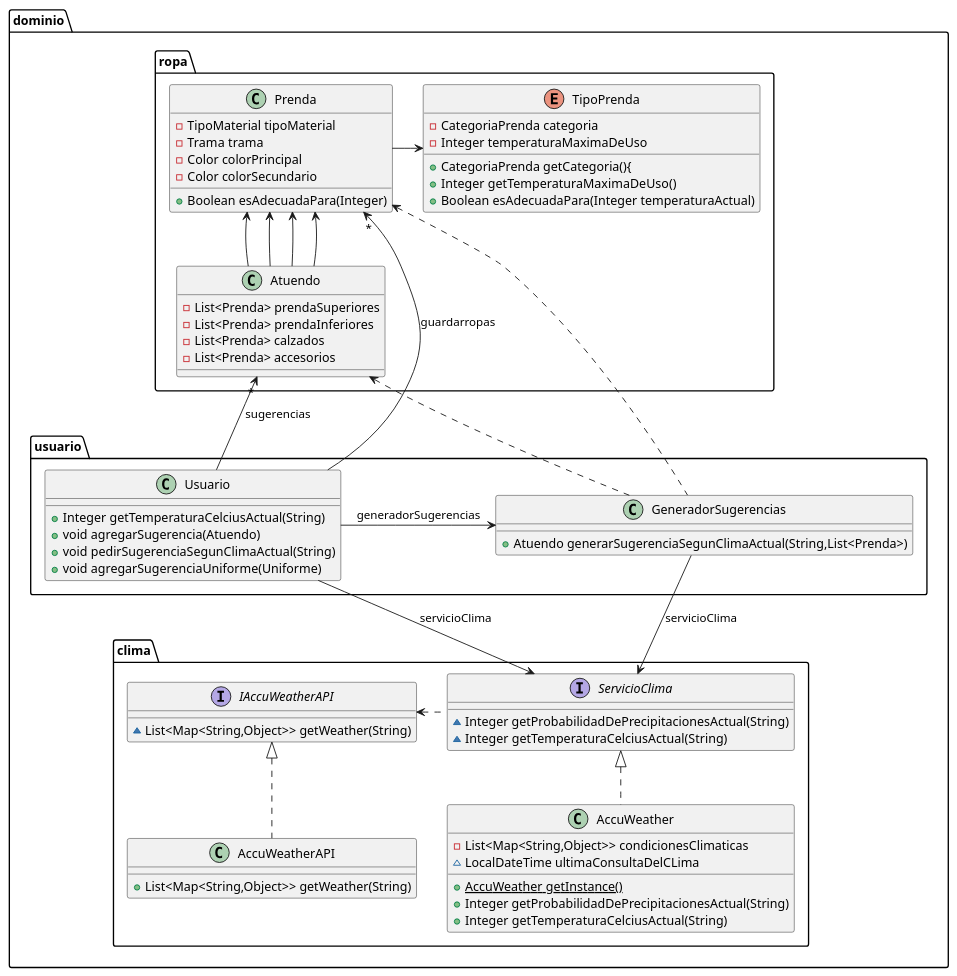
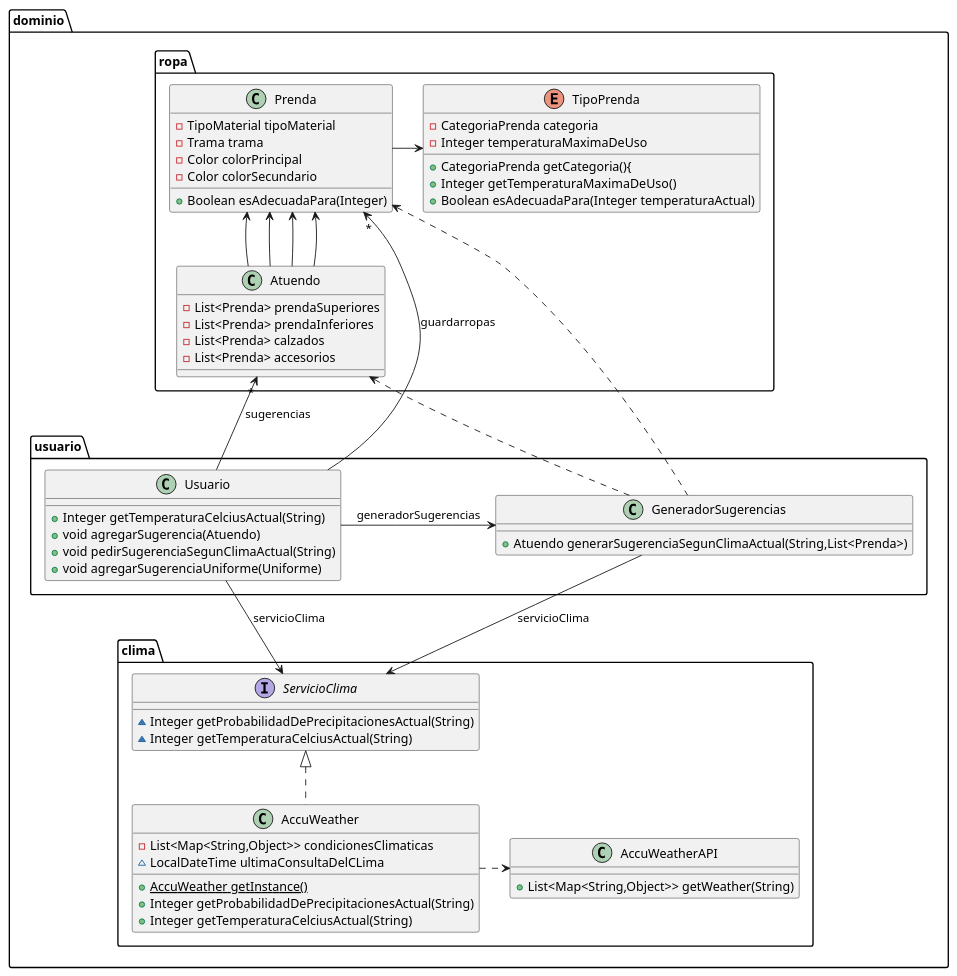
The diagram in diagramas/qmp4-resumido.puml (AlejandroDeheza/QMP), drawn with PlantUML before and after one commit. The commit also changed 5 other files, not shown here.

Commit message:
Cambio un detalle de los diagramas

```diff
--- a/diagramas/qmp4-resumido.puml
+++ b/diagramas/qmp4-resumido.puml
@@ -1,68 +1,64 @@
 @startuml
 class dominio.clima.AccuWeatherAPI {
 + List<Map<String,Object>> getWeather(String)
-}
-interface dominio.clima.IAccuWeatherAPI {
-~ List<Map<String,Object>> getWeather(String)
 }
 class dominio.usuario.Usuario {
 + Integer getTemperaturaCelciusActual(String)
 + void agregarSugerencia(Atuendo)
 + void pedirSugerenciaSegunClimaActual(String)
 + void agregarSugerenciaUniforme(Uniforme)
 }
 class dominio.clima.AccuWeather {
 - List<Map<String,Object>> condicionesClimaticas
 ~ LocalDateTime ultimaConsultaDelCLima
 + {static} AccuWeather getInstance()
 + Integer getProbabilidadDePrecipitacionesActual(String)
 + Integer getTemperaturaCelciusActual(String)
 }
 class dominio.usuario.GeneradorSugerencias {
 + Atuendo generarSugerenciaSegunClimaActual(String,List<Prenda>)
 }
 interface dominio.clima.ServicioClima {
 ~ Integer getProbabilidadDePrecipitacionesActual(String)
 ~ Integer getTemperaturaCelciusActual(String)
 }
 class dominio.ropa.Prenda {
 - TipoMaterial tipoMaterial
 - Trama trama
 - Color colorPrincipal
 - Color colorSecundario
 + Boolean esAdecuadaPara(Integer)
 }
 class dominio.ropa.Atuendo {
 - List<Prenda> prendaSuperiores
 - List<Prenda> prendaInferiores
 - List<Prenda> calzados
 - List<Prenda> accesorios
 }
 enum dominio.ropa.TipoPrenda {
 - CategoriaPrenda categoria
 - Integer temperaturaMaximaDeUso
 + CategoriaPrenda getCategoria(){
 + Integer getTemperaturaMaximaDeUso()
 + Boolean esAdecuadaPara(Integer temperaturaActual)
 }
 
 dominio.ropa.TipoPrenda <--left dominio.ropa.Prenda
 
 dominio.ropa.Prenda <-- dominio.ropa.Atuendo
 dominio.ropa.Prenda <-- dominio.ropa.Atuendo
 dominio.ropa.Prenda <-- dominio.ropa.Atuendo
 dominio.ropa.Prenda <-- dominio.ropa.Atuendo
 
 dominio.ropa.Prenda "*" <-- dominio.usuario.Usuario: guardarropas
 dominio.ropa.Atuendo "*" <-- dominio.usuario.Usuario: sugerencias
 dominio.usuario.GeneradorSugerencias <--left dominio.usuario.Usuario: generadorSugerencias
 dominio.clima.ServicioClima <--up dominio.usuario.Usuario: servicioClima
 dominio.clima.ServicioClima <--up dominio.usuario.GeneradorSugerencias: servicioClima
-dominio.clima.IAccuWeatherAPI <..right dominio.clima.ServicioClima
 dominio.ropa.Atuendo <.. dominio.usuario.GeneradorSugerencias
 dominio.ropa.Prenda <.. dominio.usuario.GeneradorSugerencias
 
-dominio.clima.IAccuWeatherAPI <|.. dominio.clima.AccuWeatherAPI
 dominio.clima.ServicioClima <|.. dominio.clima.AccuWeather
+dominio.clima.AccuWeatherAPI <..left dominio.clima.AccuWeather
 
 @enduml
```
